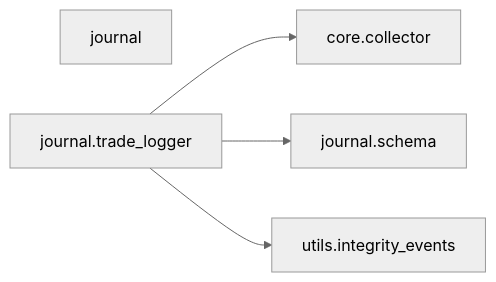
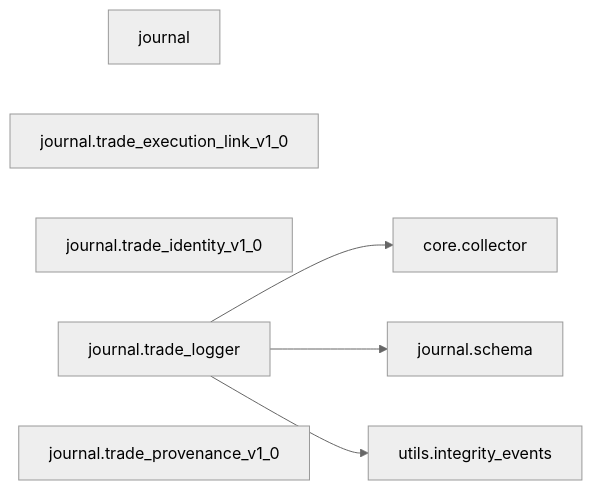
Diagram 19 of 38 in docs/architecture/code-map.generated.md (Chaithu1995-0312/TradeHlt), drawn with Mermaid (neutral theme) before and after one commit. The commit also changed other lines of this file and 159 other files, not shown here.

````diff
--- a/docs/architecture/code-map.generated.md
+++ b/docs/architecture/code-map.generated.md
@@ -785,11 +1022,14 @@
 ```mermaid
 flowchart LR
     journal["journal"]
     journal_schema["journal.schema"]
+    journal_trade_execution_link_v1_0["journal.trade_execution_link_v1_0"]
+    journal_trade_identity_v1_0["journal.trade_identity_v1_0"]
     journal_trade_logger["journal.trade_logger"]
+    journal_trade_provenance_v1_0["journal.trade_provenance_v1_0"]
     core_collector["core.collector"]
     utils_integrity_events["utils.integrity_events"]
     journal_trade_logger --> core_collector
     journal_trade_logger --> journal_schema
     journal_trade_logger --> utils_integrity_events
 ```
````
